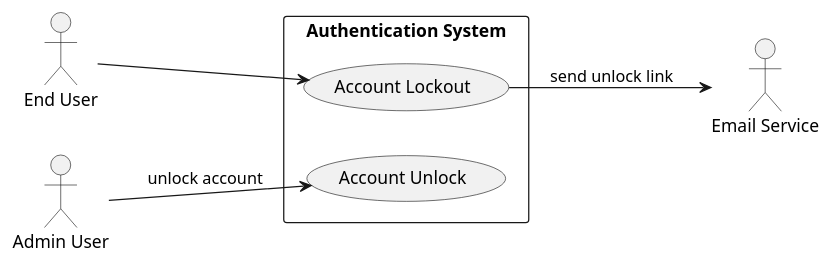
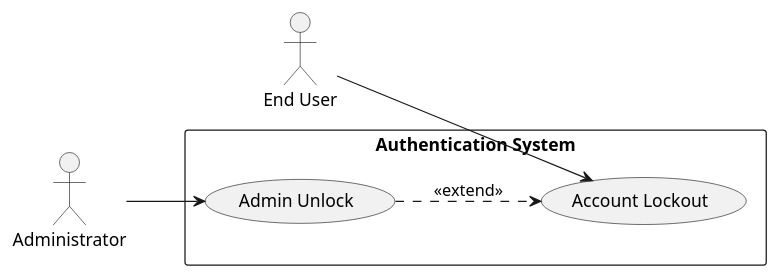
One commit to Bimmi-kumari-singh/Agent-testing changed the sixth of 6 diagrams in .propel/context/docs/spec.md. Above: the diagram before and after it, drawn with PlantUML. The commit also changed other lines of this file, not shown here.

````diff
--- a/.propel/context/docs/spec.md
+++ b/.propel/context/docs/spec.md
@@ -438,19 +404,17 @@
 ```plantuml
 @startuml
 left to right direction
 skinparam packageStyle rectangle
 
 actor "End User" as User
-actor "Admin User" as Admin
-actor "Email Service" as Email
-
+actor "Administrator" as Admin
 rectangle "Authentication System" {
-  usecase (Account Lockout) as UC6
-  usecase (Account Unlock) as UC6b
+  usecase (Account Lockout) as UC6l
+  usecase (Admin Unlock) as UC6u
 }
 
-User --> UC6
-UC6 --> Email : send unlock link
-Admin --> UC6b : unlock account
+User --> UC6l
+Admin --> UC6u
+UC6u ..> UC6l : <<extend>>
 @enduml
 ```
````
